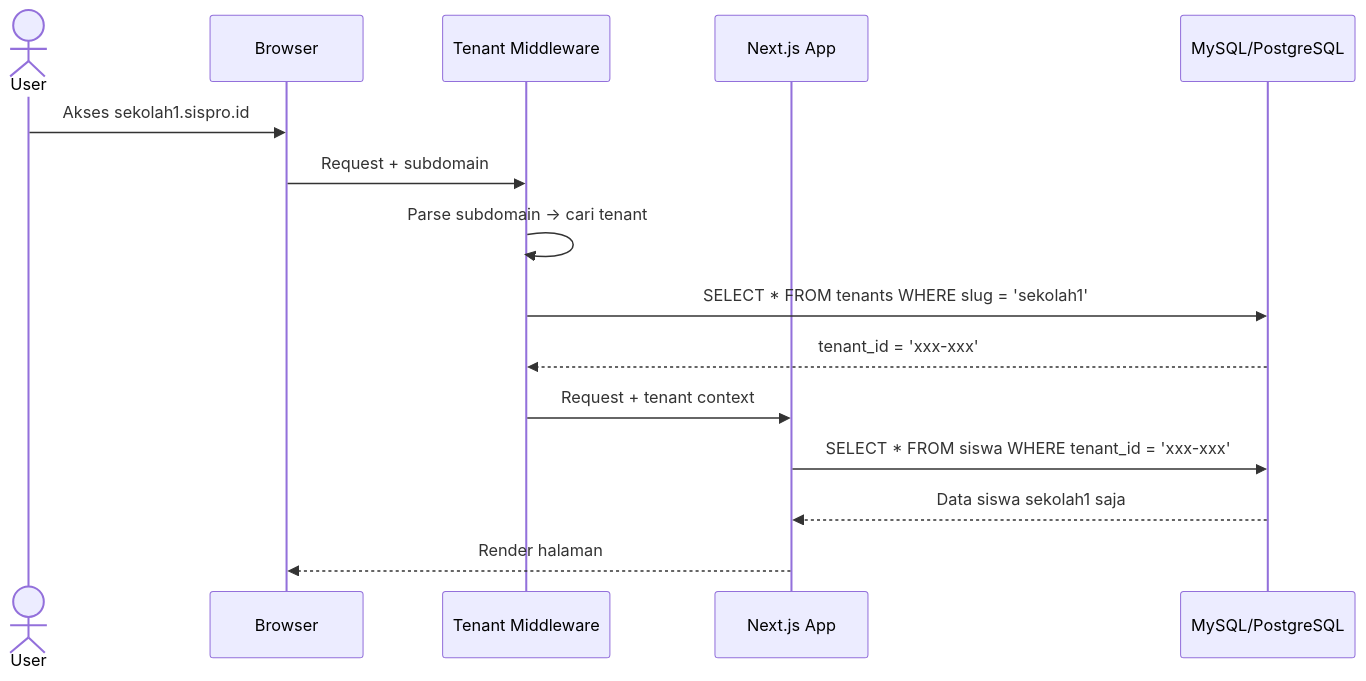
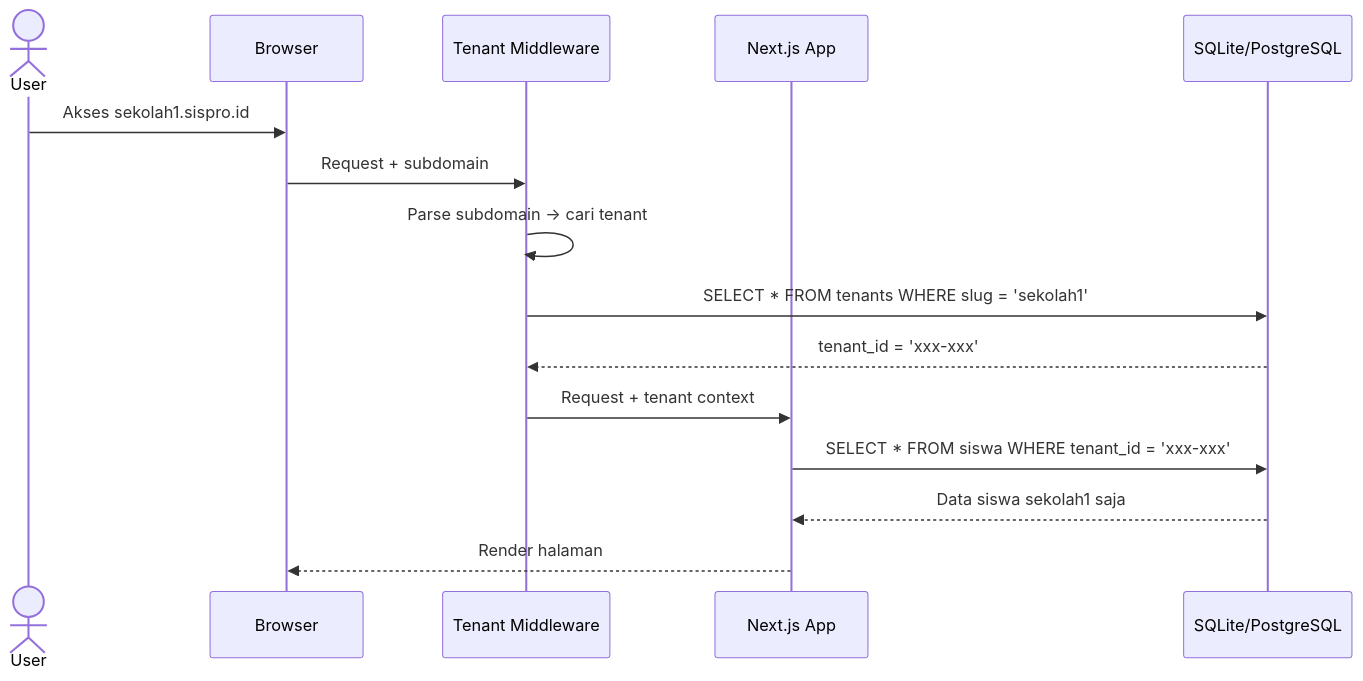
Before and after one commit to aburasyidalfatih/schoolpro: the second of 3 diagrams in docs/01_implementation_plan.md, drawn with Mermaid. The commit also changed other lines of this file and 22 other files, not shown here.

````diff
--- a/docs/01_implementation_plan.md
+++ b/docs/01_implementation_plan.md
@@ -116,18 +117,18 @@
 ```mermaid
 sequenceDiagram
     actor User
     participant Browser
     participant Middleware as Tenant Middleware
     participant App as Next.js App
-    participant DB as MySQL/PostgreSQL
+    participant DB as SQLite/PostgreSQL
     
     User->>Browser: Akses sekolah1.sispro.id
     Browser->>Middleware: Request + subdomain
     Middleware->>Middleware: Parse subdomain → cari tenant
     Middleware->>DB: SELECT * FROM tenants WHERE slug = 'sekolah1'
     DB-->>Middleware: tenant_id = 'xxx-xxx'
     Middleware->>App: Request + tenant context
     App->>DB: SELECT * FROM siswa WHERE tenant_id = 'xxx-xxx'
     DB-->>App: Data siswa sekolah1 saja
     App-->>Browser: Render halaman
 ```
````
